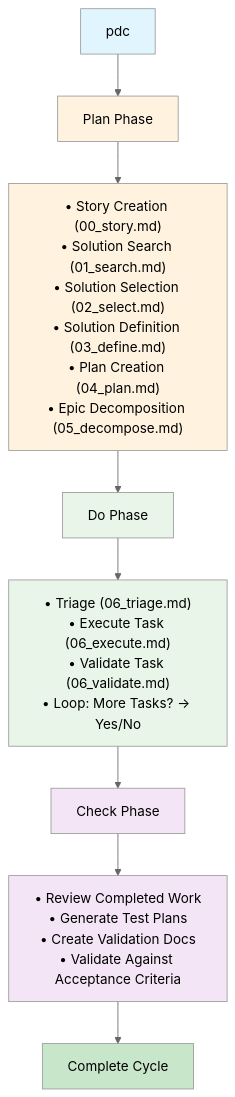
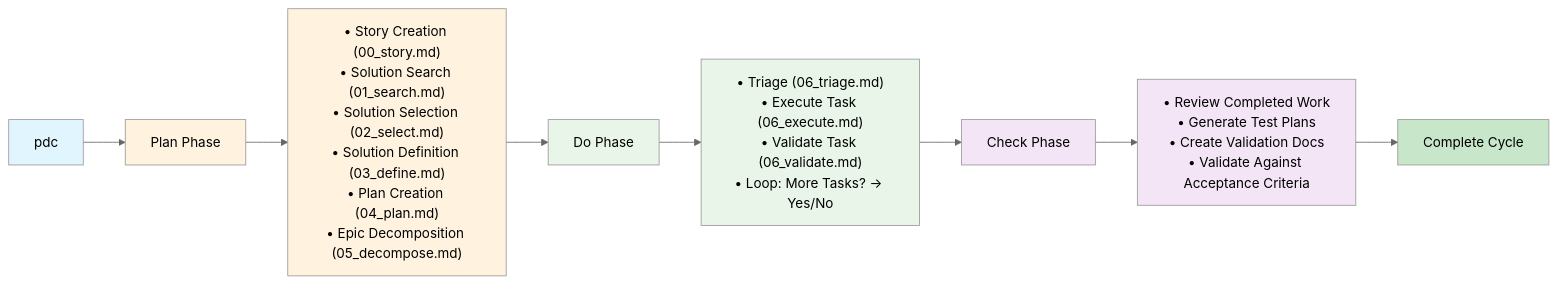
The diagram in README.md (riazarbi/way), drawn with Mermaid (neutral theme) before and after one commit.

````diff
--- a/README.md
+++ b/README.md
@@ -43,20 +43,20 @@
 ```mermaid
-graph TD
+graph LR
     A[pdc <user-story>] --> B[Plan Phase]
     B --> B1["• Story Creation (00_story.md)<br/>• Solution Search (01_search.md)<br/>• Solution Selection (02_select.md)<br/>• Solution Definition (03_define.md)<br/>• Plan Creation (04_plan.md)<br/>• Epic Decomposition (05_decompose.md)"]
     B1 --> C[Do Phase]
     C --> C1["• Triage (06_triage.md)<br/>• Execute Task (06_execute.md)<br/>• Validate Task (06_validate.md)<br/>• Loop: More Tasks? → Yes/No"]
     C1 --> D[Check Phase]
     D --> D1["• Review Completed Work<br/>• Generate Test Plans<br/>• Create Validation Docs<br/>• Validate Against Acceptance Criteria"]
     D1 --> E[Complete Cycle]
     
     %% Styling
     style A fill:#e1f5fe
     style B fill:#fff3e0
     style C fill:#e8f5e8
     style D fill:#f3e5f5
     style E fill:#c8e6c9
     style B1 fill:#fff3e0
     style C1 fill:#e8f5e8
     style D1 fill:#f3e5f5
 ```
````
